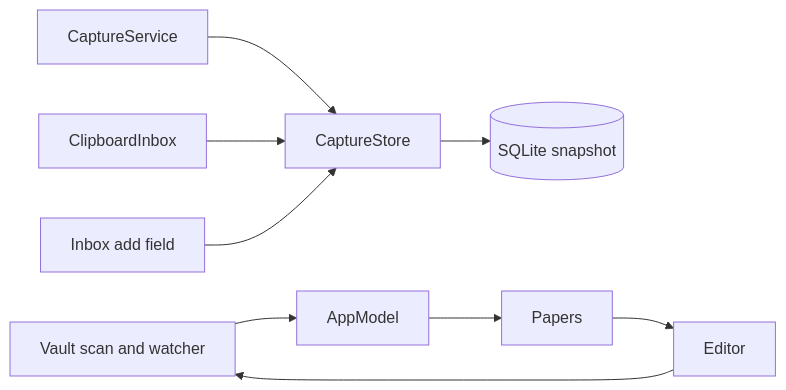
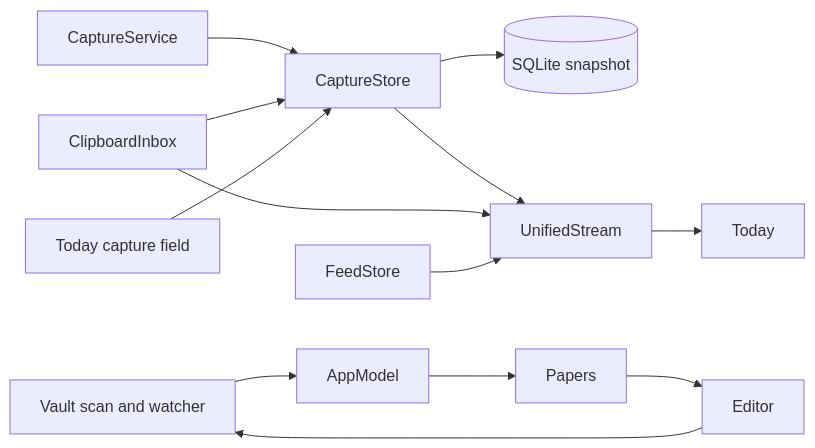
Before and after one commit to sonnes/piper: the diagram in docs/internals/architecture.md, drawn with Mermaid. The commit also changed other lines of this file and 12 other files, not shown here.

````diff
--- a/docs/internals/architecture.md
+++ b/docs/internals/architecture.md
@@ -14,10 +14,14 @@
 ```mermaid
 flowchart LR
     CS[CaptureService] --> S[CaptureStore]
     CB[ClipboardInbox] --> S
-    P[Inbox add field] --> S
+    P[Today capture field] --> S
     S --> D[(SQLite snapshot)]
+    S --> U[UnifiedStream]
+    CB --> U
+    F[FeedStore] --> U
+    U --> T[Today]
     V[Vault scan and watcher] --> M[AppModel]
     M --> W[Papers]
     W --> ED[Editor] --> V
 ```
````
